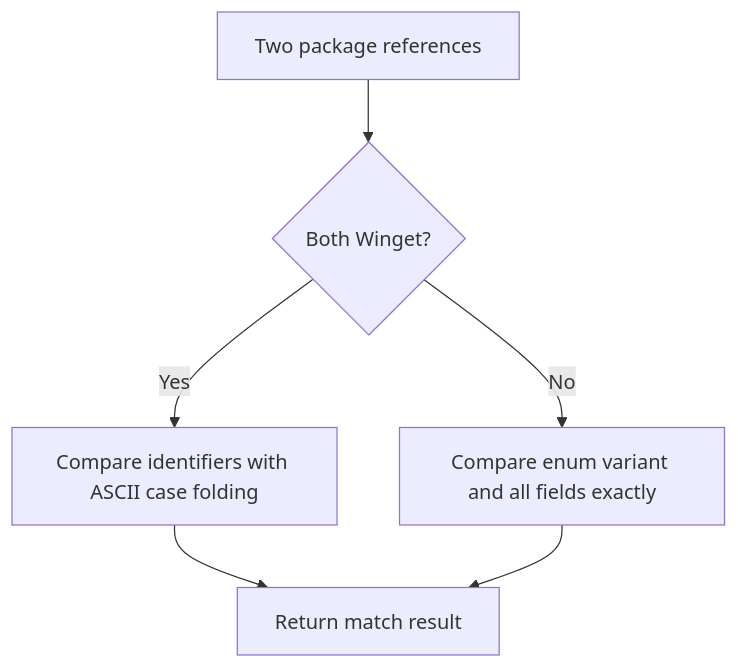
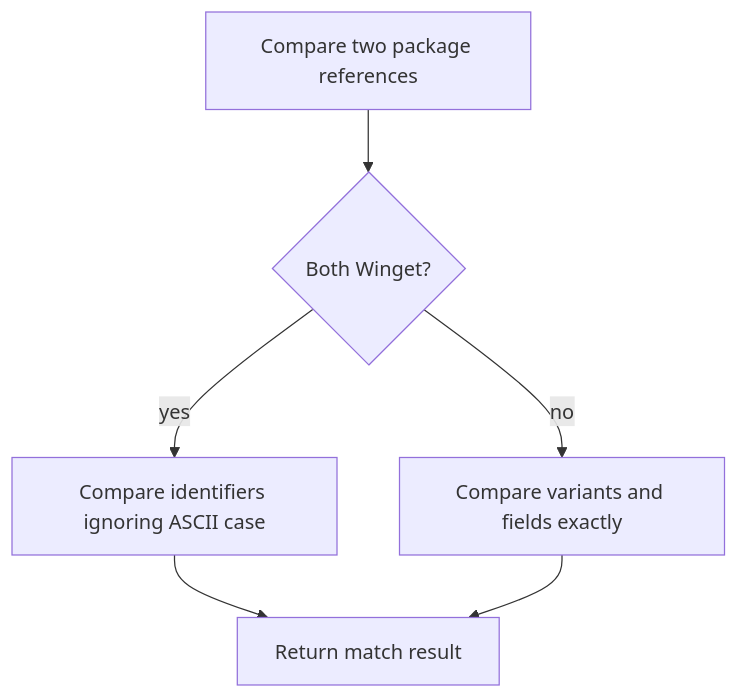
One commit to flamingo-stack/openframe-oss-tenant changed the second of 3 diagrams in docs/reference/architecture/openframe-client-core/model-package-ref/model-package-ref.md. Above: the diagram before and after it, drawn with Mermaid. The commit also changed other lines of this file and 2377 other files, not shown here.

````diff
--- a/docs/reference/architecture/openframe-client-core/model-package-ref/model-package-ref.md
+++ b/docs/reference/architecture/openframe-client-core/model-package-ref/model-package-ref.md
@@ -88,8 +90,8 @@
 ```mermaid
 flowchart TD
-    Start["Two package references"] --> BothWinget{"Both Winget?"}
-    BothWinget -->|"Yes"| FoldCase["Compare identifiers with ASCII case folding"]
-    BothWinget -->|"No"| Structural["Compare enum variant and all fields exactly"]
-    FoldCase --> Result["Return match result"]
-    Structural --> Result
+    Start["Compare two package references"] --> BothWinget{"Both Winget?"}
+    BothWinget -->|"yes"| WingetCompare["Compare identifiers ignoring ASCII case"]
+    BothWinget -->|"no"| ExactCompare["Compare variants and fields exactly"]
+    WingetCompare --> Result["Return match result"]
+    ExactCompare --> Result
 ```
````
